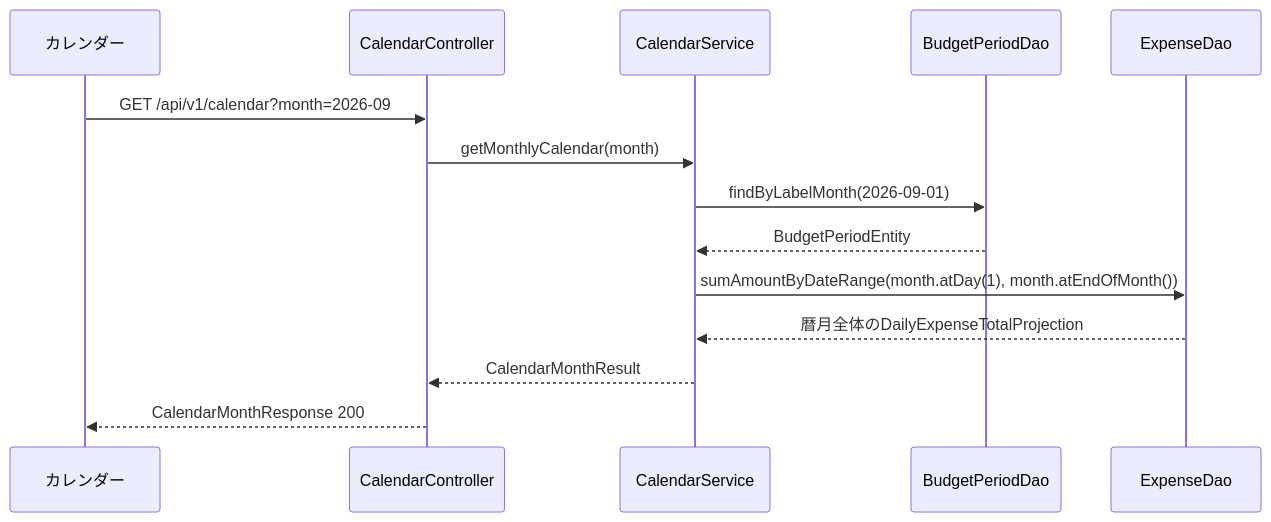
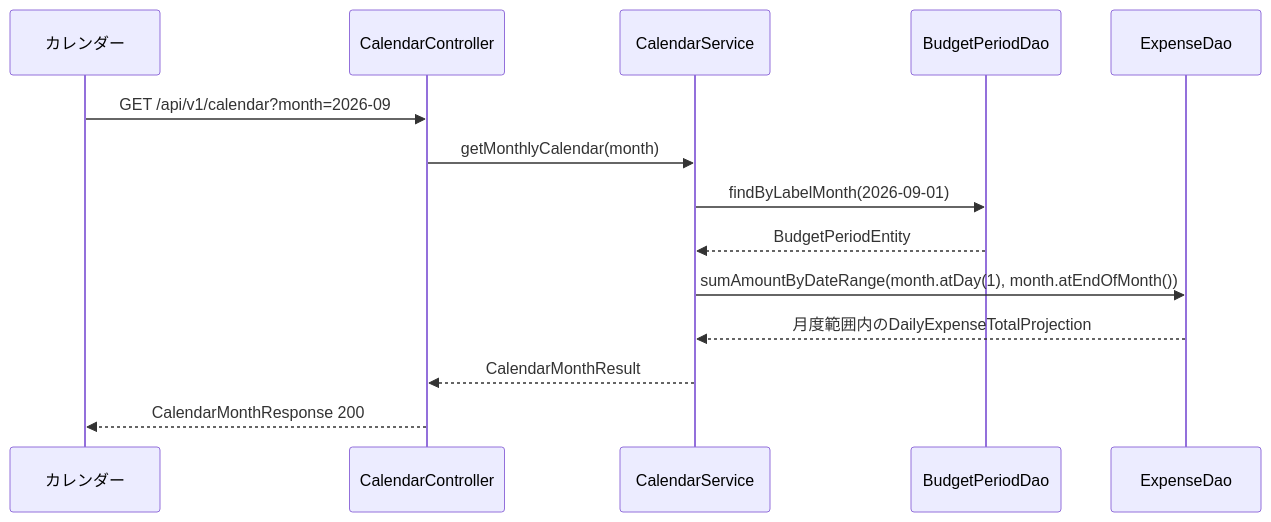
Before and after one commit to okShin0420/ZuboraKakeibo: the seventh of 8 diagrams in docs/architecture/PROGRAM_FUNCTION_STRUCTURE.md, drawn with Mermaid. The commit also changed other lines of this file and 113 other files, not shown here.

````diff
--- a/docs/architecture/PROGRAM_FUNCTION_STRUCTURE.md
+++ b/docs/architecture/PROGRAM_FUNCTION_STRUCTURE.md
@@ -329,17 +329,17 @@
 ```mermaid
 sequenceDiagram
     participant UI as カレンダー
     participant C as CalendarController
     participant S as CalendarService
     participant BP as BudgetPeriodDao
     participant E as ExpenseDao
 
     UI->>C: GET /api/v1/calendar?month=2026-09
     C->>S: getMonthlyCalendar(month)
     S->>BP: findByLabelMonth(2026-09-01)
     BP-->>S: BudgetPeriodEntity
     S->>E: sumAmountByDateRange(month.atDay(1), month.atEndOfMonth())
-    E-->>S: 暦月全体のDailyExpenseTotalProjection
+    E-->>S: 月度範囲内のDailyExpenseTotalProjection
     S-->>C: CalendarMonthResult
     C-->>UI: CalendarMonthResponse 200
 ```
````
